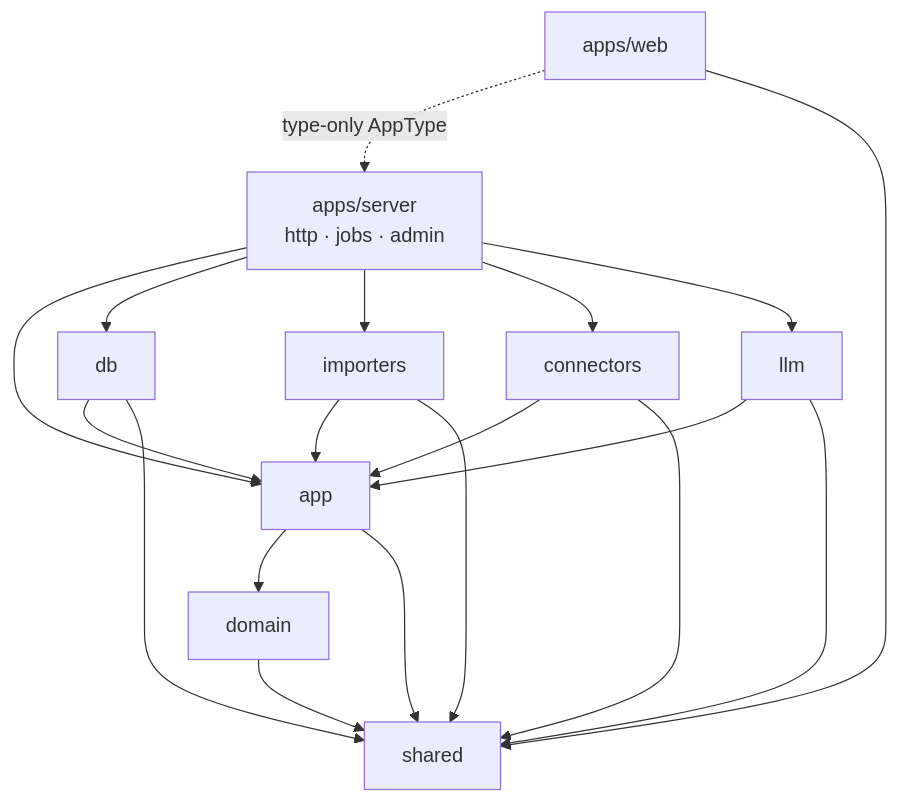
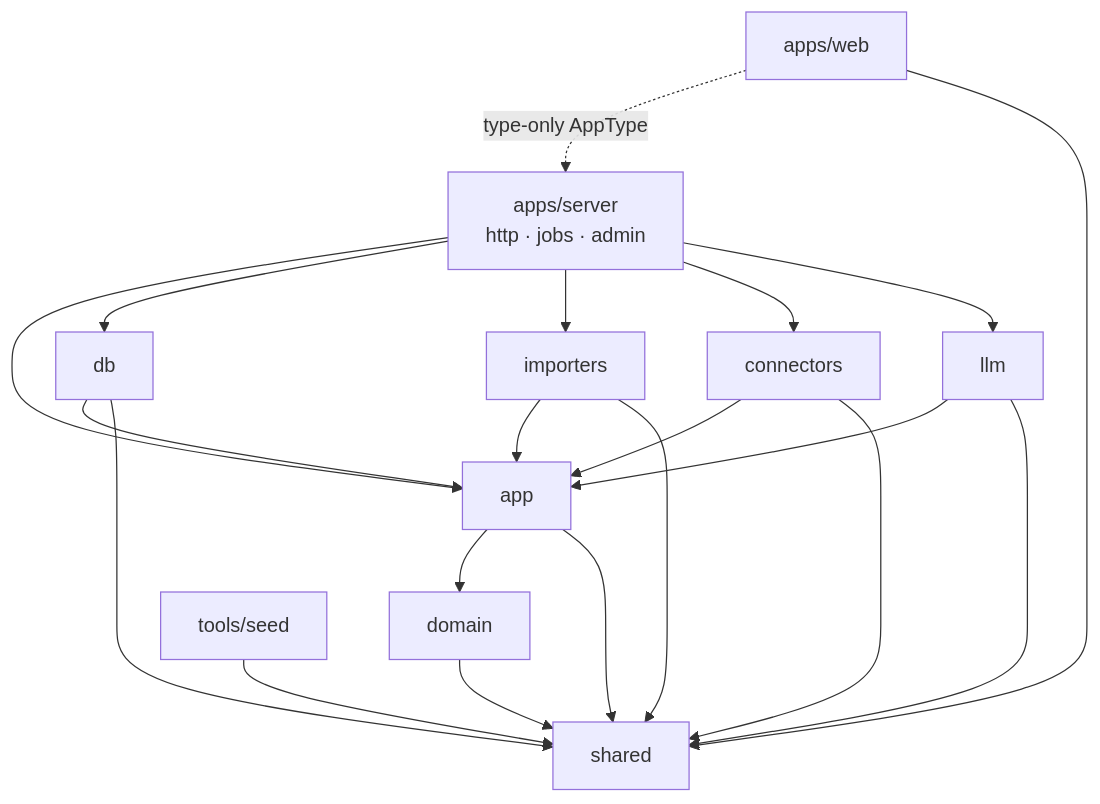
Before and after one commit to sbwilson/pangolin: the first of 2 diagrams in _bmad-output/planning-artifacts/architecture/architecture-pangolin-2026-09-27/ARCHITECTURE-SPINE.md, drawn with Mermaid. The commit also changed 11 other files, not shown here.

````diff
--- a/_bmad-output/planning-artifacts/architecture/architecture-pangolin-2026-09-27/ARCHITECTURE-SPINE.md
+++ b/_bmad-output/planning-artifacts/architecture/architecture-pangolin-2026-09-27/ARCHITECTURE-SPINE.md
@@ -39,12 +39,13 @@
 ```mermaid
 flowchart TD
   web[apps/web] -.type-only AppType.-> server
   web --> shared
   server[apps/server<br/>http · jobs · admin] --> app
   server --> db & importers & connectors & llm
   db & importers & connectors & llm --> app
   app --> domain
   app --> shared
   domain --> shared
   db & importers & connectors & llm --> shared
+  seed[tools/seed] --> shared
 ```
````
